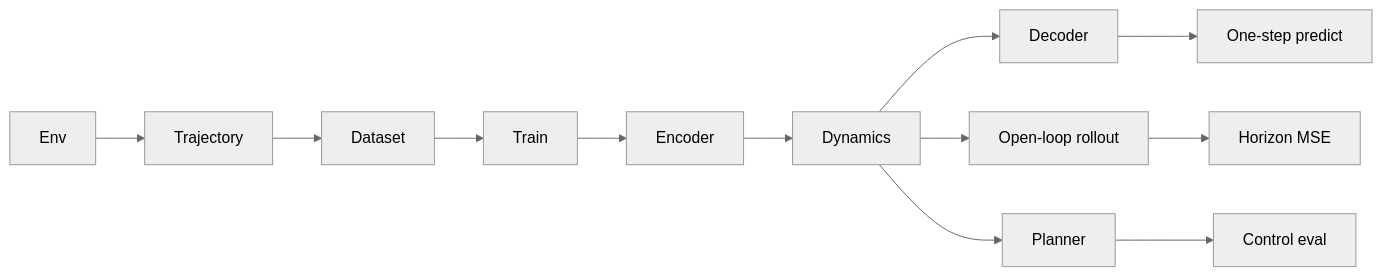
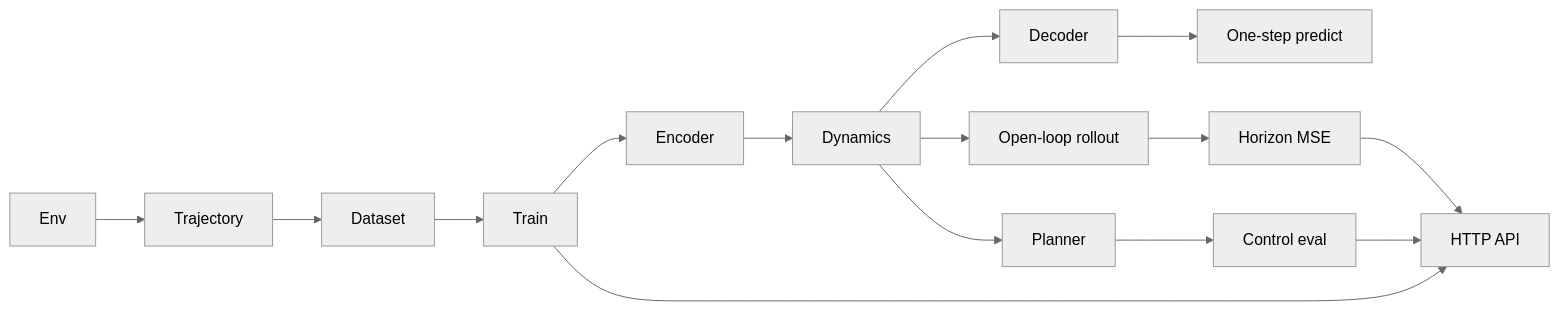
Before and after one commit to shehbaz0101/worldforge: the diagram in docs/architecture.md, drawn with Mermaid (neutral theme). The commit also changed other lines of this file and 11 other files, not shown here.

First line of the commit message:
feat: Day 7 HTTP API and worldforge serve (#7)

````diff
--- a/docs/architecture.md
+++ b/docs/architecture.md
@@ -12,14 +12,17 @@
 ```mermaid
 flowchart LR
   env[Env] --> traj[Trajectory]
   traj --> dataset[Dataset]
   dataset --> train[Train]
   train --> encoder[Encoder]
   encoder --> dynamics[Dynamics]
   dynamics --> decoder[Decoder]
   decoder --> predict[One-step predict]
   dynamics --> rolloutEval[Open-loop rollout]
   rolloutEval --> metrics[Horizon MSE]
   dynamics --> planner[Planner]
   planner --> control[Control eval]
+  metrics --> api[HTTP API]
+  control --> api
+  train --> api
 ```
````
